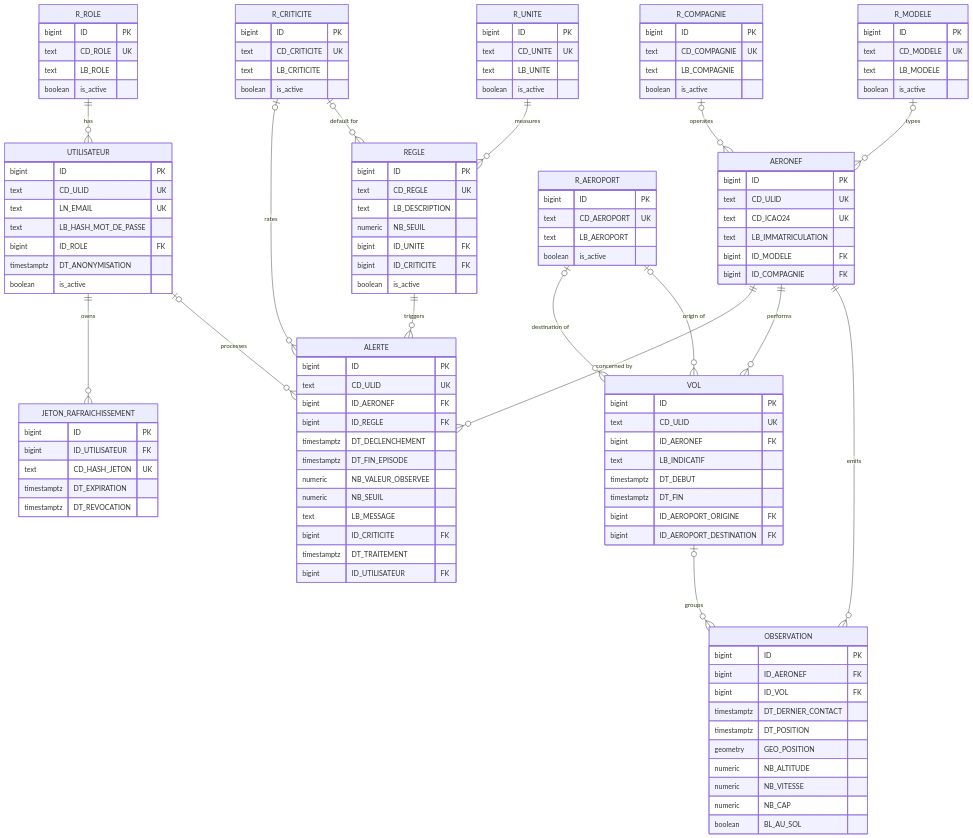
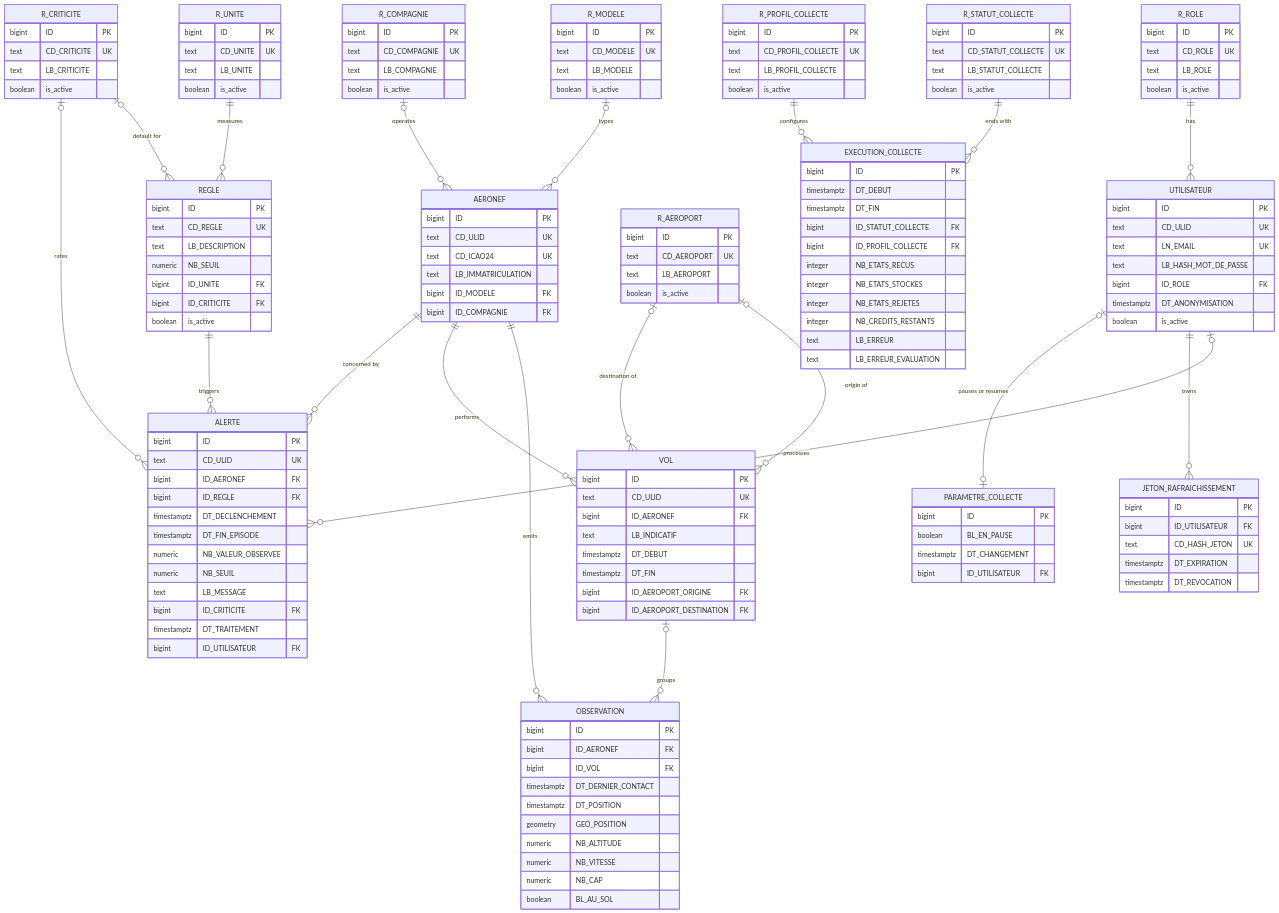
Before and after one commit to thibault-dlb/aerosafe: the diagram in docs/data-model.md, drawn with Mermaid. The commit also changed other lines of this file and 3 other files, not shown here.

````diff
--- a/docs/data-model.md
+++ b/docs/data-model.md
@@ -49,6 +53,9 @@
     R_COMPAGNIE |o--o{ AERONEF : "operates"
     R_AEROPORT |o--o{ VOL : "origin of"
     R_AEROPORT |o--o{ VOL : "destination of"
+    R_STATUT_COLLECTE ||--o{ EXECUTION_COLLECTE : "ends with"
+    R_PROFIL_COLLECTE ||--o{ EXECUTION_COLLECTE : "configures"
+    UTILISATEUR |o--o| PARAMETRE_COLLECTE : "pauses or resumes"
 
     AERONEF {
         bigint ID PK
@@ -155,4 +162,35 @@
         text LB_AEROPORT
         boolean is_active
     }
+    EXECUTION_COLLECTE {
+        bigint ID PK
+        timestamptz DT_DEBUT
+        timestamptz DT_FIN
+        bigint ID_STATUT_COLLECTE FK
+        bigint ID_PROFIL_COLLECTE FK
+        integer NB_ETATS_RECUS
+        integer NB_ETATS_STOCKES
+        integer NB_ETATS_REJETES
+        integer NB_CREDITS_RESTANTS
+        text LB_ERREUR
+        text LB_ERREUR_EVALUATION
+    }
+    PARAMETRE_COLLECTE {
+        bigint ID PK
+        boolean BL_EN_PAUSE
+        timestamptz DT_CHANGEMENT
+        bigint ID_UTILISATEUR FK
+    }
+    R_STATUT_COLLECTE {
+        bigint ID PK
+        text CD_STATUT_COLLECTE UK
+        text LB_STATUT_COLLECTE
+        boolean is_active
+    }
+    R_PROFIL_COLLECTE {
+        bigint ID PK
+        text CD_PROFIL_COLLECTE UK
+        text LB_PROFIL_COLLECTE
+        boolean is_active
+    }
 ```
````
